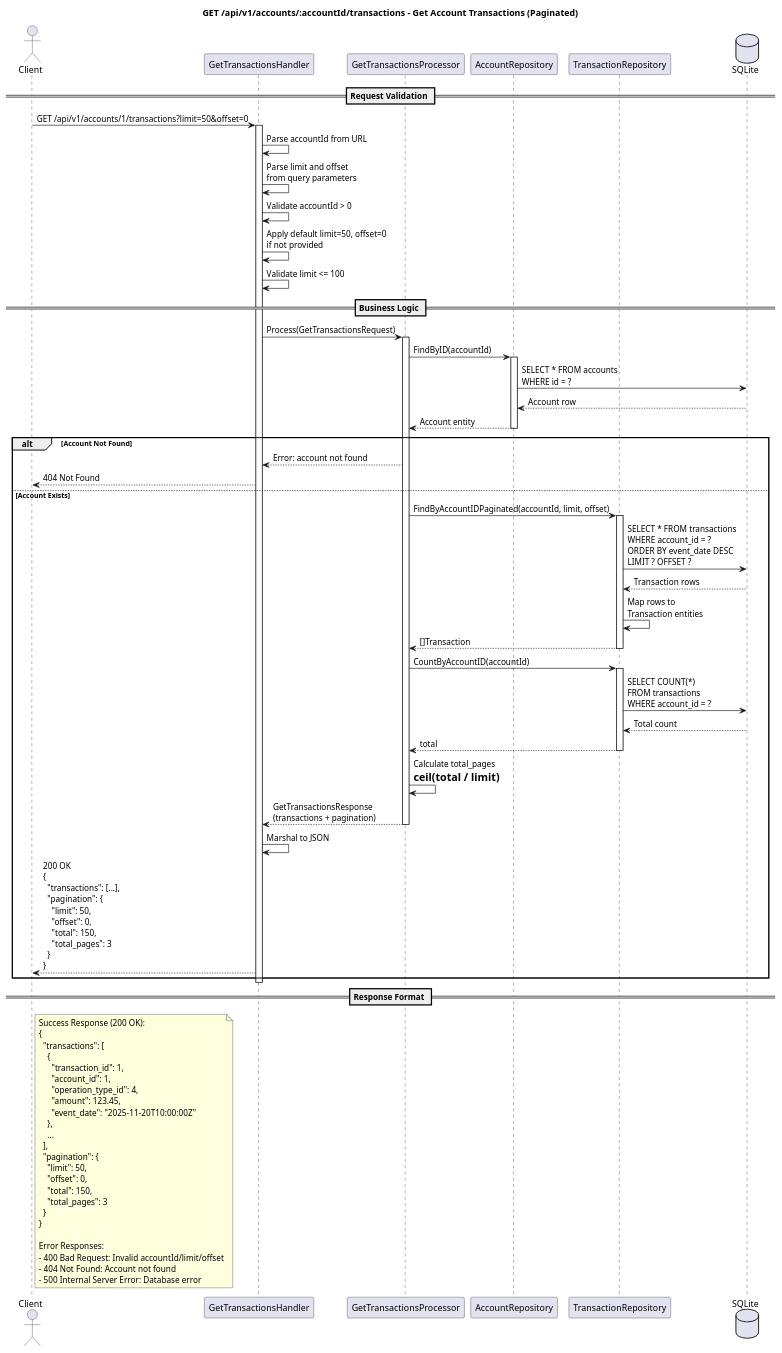
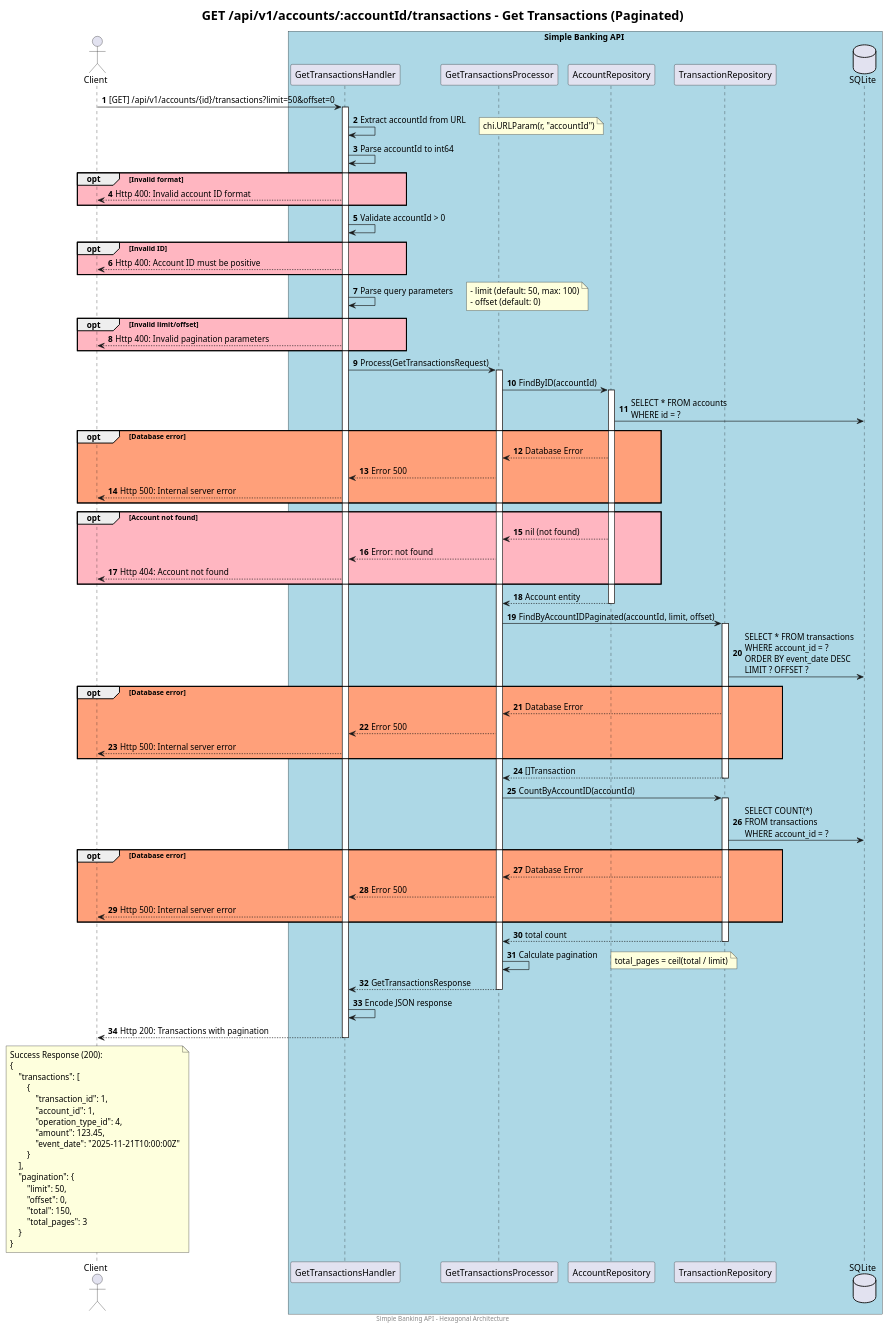
One commit to larissamartinsss/simple-banking-api changed the diagram in docs/sequence-diagrams/endpoint-get-transactions.puml. Above: the diagram before and after it, drawn with PlantUML. The commit also changed 8 other files, not shown here.

Commit message:
update diagrams and generated image

```diff
--- a/docs/sequence-diagrams/endpoint-get-transactions.puml
+++ b/docs/sequence-diagrams/endpoint-get-transactions.puml
@@ -1,93 +1,125 @@
 @startuml Get Transactions Endpoint Flow
+footer Simple Banking API - Hexagonal Architecture
+title <size:20>GET /api/v1/accounts/:accountId/transactions - Get Transactions (Paginated)</size>
 
-title GET /api/v1/accounts/:accountId/transactions - Get Account Transactions (Paginated)
+autonumber
 
 actor Client
-participant "GetTransactionsHandler" as Handler
-participant "GetTransactionsProcessor" as Processor
-participant "AccountRepository" as AccRepo
-participant "TransactionRepository" as TxRepo
-database SQLite
 
-== Request Validation ==
-Client -> Handler: GET /api/v1/accounts/1/transactions?limit=50&offset=0
+box Simple Banking API #lightblue
+    participant "GetTransactionsHandler" as Handler
+    participant "GetTransactionsProcessor" as Processor
+    participant "AccountRepository" as AccRepo
+    participant "TransactionRepository" as TxRepo
+    database SQLite
+end box
+
+Client -> Handler: [GET] /api/v1/accounts/{id}/transactions?limit=50&offset=0
+
 activate Handler
 
-Handler -> Handler: Parse accountId from URL
-Handler -> Handler: Parse limit and offset\nfrom query parameters
-Handler -> Handler: Validate accountId > 0
-Handler -> Handler: Apply default limit=50, offset=0\nif not provided
-Handler -> Handler: Validate limit <= 100
+    Handler -> Handler: Extract accountId from URL
+    note right: chi.URLParam(r, "accountId")
+    
+    Handler -> Handler: Parse accountId to int64
+    opt #LightPink Invalid format
+        Client <-- Handler: Http 400: Invalid account ID format
+    end
 
-== Business Logic ==
-Handler -> Processor: Process(GetTransactionsRequest)
-activate Processor
+    Handler -> Handler: Validate accountId > 0
+    opt #LightPink Invalid ID
+        Client <-- Handler: Http 400: Account ID must be positive
+    end
 
-Processor -> AccRepo: FindByID(accountId)
-activate AccRepo
-AccRepo -> SQLite: SELECT * FROM accounts\nWHERE id = ?
-SQLite --> AccRepo: Account row
-AccRepo --> Processor: Account entity
-deactivate AccRepo
+    Handler -> Handler: Parse query parameters
+    note right
+        - limit (default: 50, max: 100)
+        - offset (default: 0)
+    end note
+    
+    opt #LightPink Invalid limit/offset
+        Client <-- Handler: Http 400: Invalid pagination parameters
+    end
 
-alt Account Not Found
-    Processor --> Handler: Error: account not found
-    Handler --> Client: 404 Not Found
-else Account Exists
-    Processor -> TxRepo: FindByAccountIDPaginated(accountId, limit, offset)
-    activate TxRepo
-    
-    TxRepo -> SQLite: SELECT * FROM transactions\nWHERE account_id = ?\nORDER BY event_date DESC\nLIMIT ? OFFSET ?
-    SQLite --> TxRepo: Transaction rows
-    
-    TxRepo -> TxRepo: Map rows to\nTransaction entities
-    TxRepo --> Processor: []Transaction
-    deactivate TxRepo
-    
-    Processor -> TxRepo: CountByAccountID(accountId)
-    activate TxRepo
-    TxRepo -> SQLite: SELECT COUNT(*)\nFROM transactions\nWHERE account_id = ?
-    SQLite --> TxRepo: Total count
-    TxRepo --> Processor: total
-    deactivate TxRepo
-    
-    Processor -> Processor: Calculate total_pages\n= ceil(total / limit)
-    
-    Processor --> Handler: GetTransactionsResponse\n(transactions + pagination)
+    Handler -> Processor: Process(GetTransactionsRequest)
+    activate Processor
+
+        Processor -> AccRepo: FindByID(accountId)
+        activate AccRepo
+            AccRepo -> SQLite: SELECT * FROM accounts\nWHERE id = ?
+            
+            opt #LightSalmon Database error
+                Processor <-- AccRepo: Database Error
+                Handler <-- Processor: Error 500
+                Client <-- Handler: Http 500: Internal server error
+            end
+            
+            opt #LightPink Account not found
+                Processor <-- AccRepo: nil (not found)
+                Handler <-- Processor: Error: not found
+                Client <-- Handler: Http 404: Account not found
+            end
+            
+            Processor <-- AccRepo: Account entity
+        deactivate AccRepo
+
+        Processor -> TxRepo: FindByAccountIDPaginated(accountId, limit, offset)
+        activate TxRepo
+            TxRepo -> SQLite: SELECT * FROM transactions\nWHERE account_id = ?\nORDER BY event_date DESC\nLIMIT ? OFFSET ?
+            
+            opt #LightSalmon Database error
+                Processor <-- TxRepo: Database Error
+                Handler <-- Processor: Error 500
+                Client <-- Handler: Http 500: Internal server error
+            end
+            
+            Processor <-- TxRepo: []Transaction
+        deactivate TxRepo
+
+        Processor -> TxRepo: CountByAccountID(accountId)
+        activate TxRepo
+            TxRepo -> SQLite: SELECT COUNT(*)\nFROM transactions\nWHERE account_id = ?
+            
+            opt #LightSalmon Database error
+                Processor <-- TxRepo: Database Error
+                Handler <-- Processor: Error 500
+                Client <-- Handler: Http 500: Internal server error
+            end
+            
+            Processor <-- TxRepo: total count
+        deactivate TxRepo
+
+        Processor -> Processor: Calculate pagination
+        note right: total_pages = ceil(total / limit)
+
+        Handler <-- Processor: GetTransactionsResponse
     deactivate Processor
-    
-    Handler -> Handler: Marshal to JSON
-    Handler --> Client: 200 OK\n{\n  "transactions": [...],\n  "pagination": {\n    "limit": 50,\n    "offset": 0,\n    "total": 150,\n    "total_pages": 3\n  }\n}
-end
+
+    Handler -> Handler: Encode JSON response
+
+    Client <-- Handler: Http 200: Transactions with pagination
 
 deactivate Handler
 
-== Response Format ==
-note right of Client
-  Success Response (200 OK):
-  {
-    "transactions": [
-      {
-        "transaction_id": 1,
-        "account_id": 1,
-        "operation_type_id": 4,
-        "amount": 123.45,
-        "event_date": "2025-11-20T10:00:00Z"
-      },
-      ...
-    ],
-    "pagination": {
-      "limit": 50,
-      "offset": 0,
-      "total": 150,
-      "total_pages": 3
+note over Client
+    Success Response (200):
+    {
+        "transactions": [
+            {
+                "transaction_id": 1,
+                "account_id": 1,
+                "operation_type_id": 4,
+                "amount": 123.45,
+                "event_date": "2025-11-21T10:00:00Z"
+            }
+        ],
+        "pagination": {
+            "limit": 50,
+            "offset": 0,
+            "total": 150,
+            "total_pages": 3
+        }
     }
-  }
-  
-  Error Responses:
-  - 400 Bad Request: Invalid accountId/limit/offset
-  - 404 Not Found: Account not found
-  - 500 Internal Server Error: Database error
 end note
 
 @enduml
```
